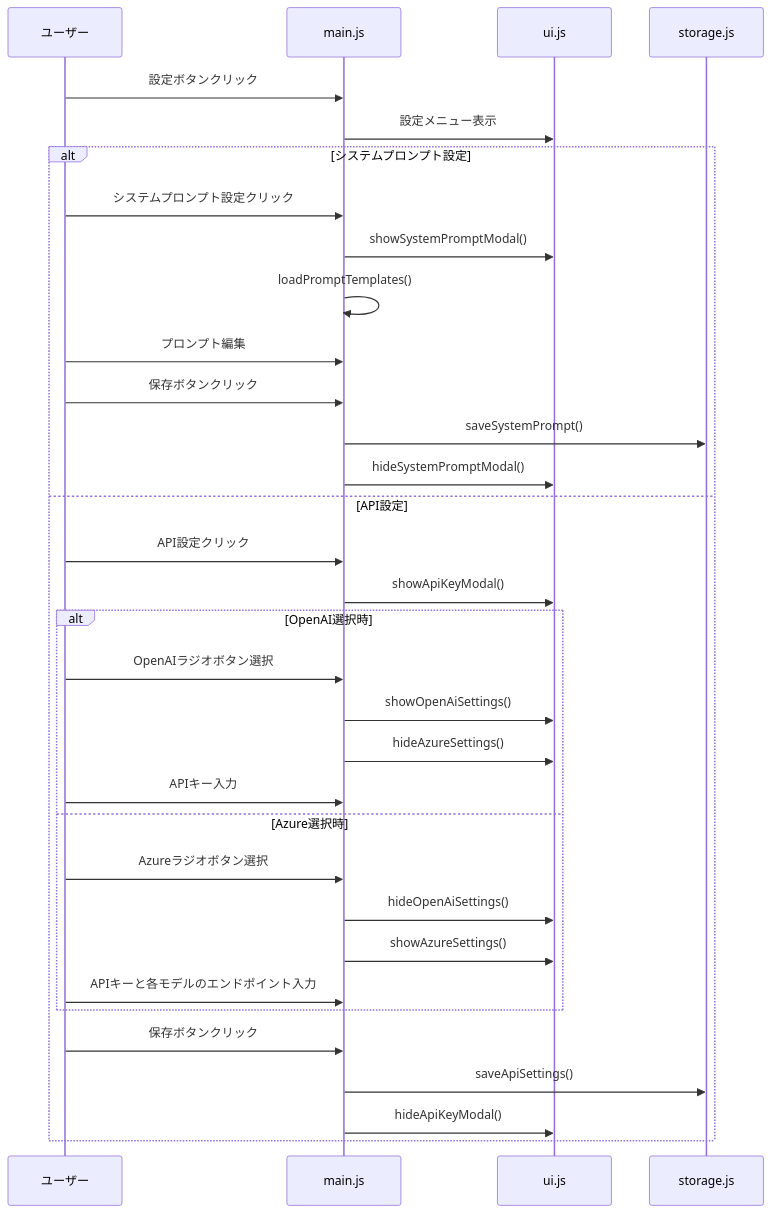
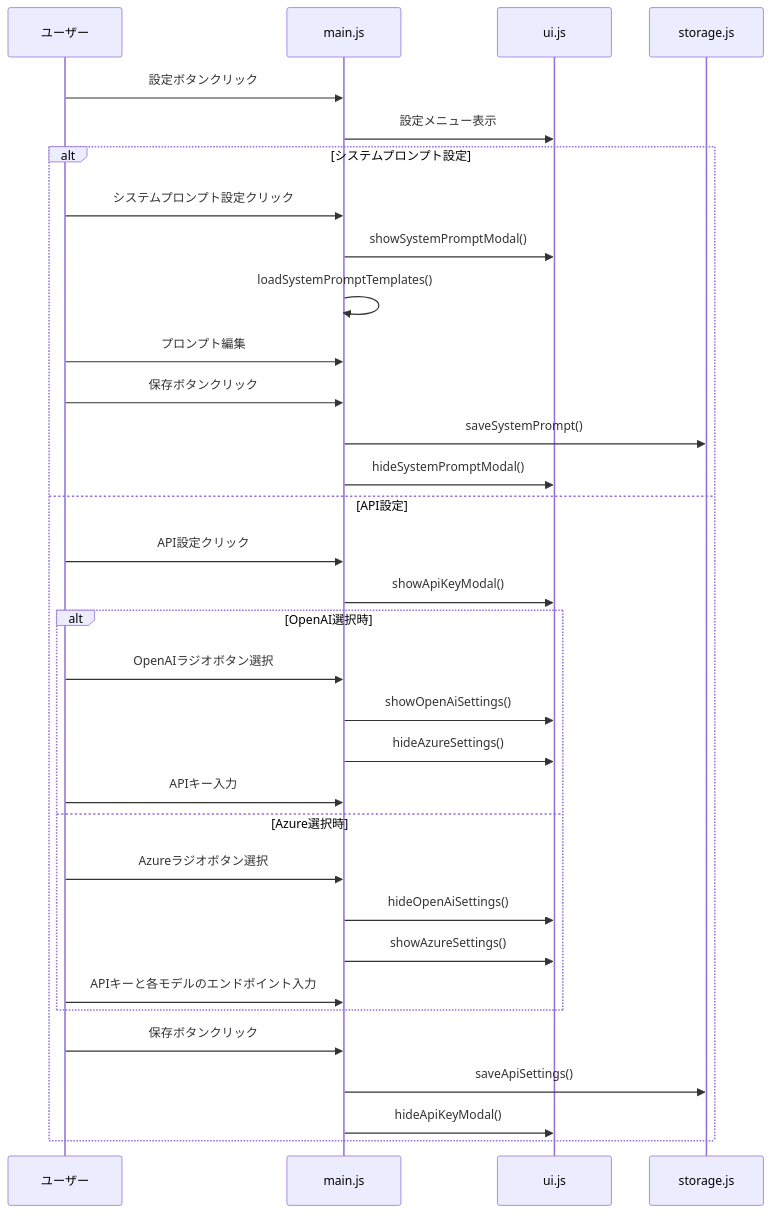
Before and after one commit to SuperPyonchiX/ChatBot: the ninth of 9 diagrams in ChatBot_設計仕様書.md, drawn with Mermaid. The commit also changed other lines of this file and 14 other files, not shown here.

````diff
--- a/ChatBot_設計仕様書.md
+++ b/ChatBot_設計仕様書.md
@@ -527,39 +527,39 @@
 ```mermaid
 sequenceDiagram
     participant User as ユーザー
     participant Main as main.js
     participant UI as ui.js
     participant Storage as storage.js
     
     User->>Main: 設定ボタンクリック
     Main->>UI: 設定メニュー表示
     
     alt システムプロンプト設定
         User->>Main: システムプロンプト設定クリック
         Main->>UI: showSystemPromptModal()
-        Main->>Main: loadPromptTemplates()
+        Main->>Main: loadSystemPromptTemplates()
         User->>Main: プロンプト編集
         User->>Main: 保存ボタンクリック
         Main->>Storage: saveSystemPrompt()
         Main->>UI: hideSystemPromptModal()
     else API設定
         User->>Main: API設定クリック
         Main->>UI: showApiKeyModal()
         
         alt OpenAI選択時
             User->>Main: OpenAIラジオボタン選択
             Main->>UI: showOpenAiSettings()
             Main->>UI: hideAzureSettings()
             User->>Main: APIキー入力
         else Azure選択時
             User->>Main: Azureラジオボタン選択
             Main->>UI: hideOpenAiSettings()
             Main->>UI: showAzureSettings()
             User->>Main: APIキーと各モデルのエンドポイント入力
         end
         
         User->>Main: 保存ボタンクリック
         Main->>Storage: saveApiSettings()
         Main->>UI: hideApiKeyModal()
     end
 ```
````
